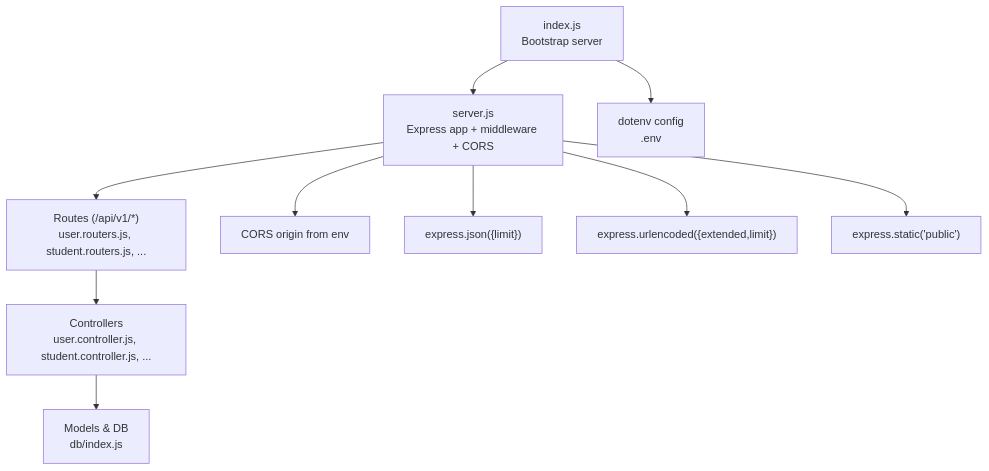
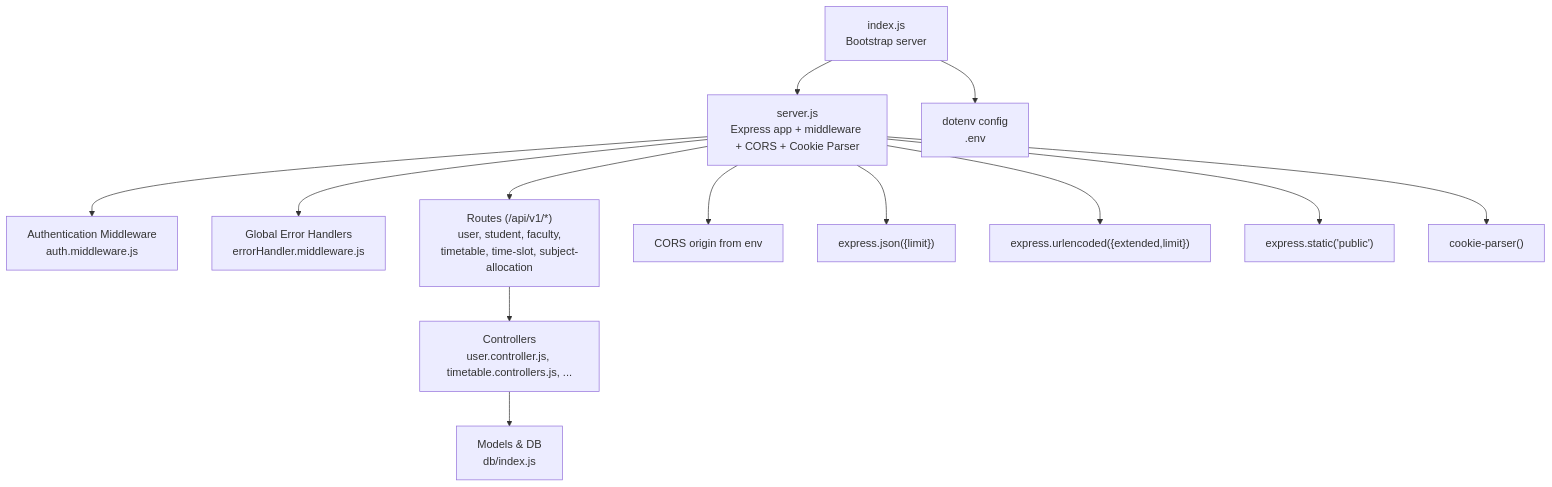
One commit to Aryan9060/Timetable-Project changed the first of 10 diagrams in .qoder/repowiki/en/content/Backend Architecture/Server Setup & Configuration.md. Above: the diagram before and after it, drawn with Mermaid. The commit also changed other lines of this file and 15 other files, not shown here.

````diff
--- a/.qoder/repowiki/en/content/Backend Architecture/Server Setup & Configuration.md
+++ b/.qoder/repowiki/en/content/Backend Architecture/Server Setup & Configuration.md
@@ -42,12 +59,15 @@
 ```mermaid
 graph TB
-A["index.js<br/>Bootstrap server"] --> B["server.js<br/>Express app + middleware + CORS"]
-B --> C["Routes (/api/v1/*)<br/>user.routers.js, student.routers.js, ..."]
-C --> D["Controllers<br/>user.controller.js, student.controller.js, ..."]
-D --> E["Models & DB<br/>db/index.js"]
-A --> F["dotenv config<br/>.env"]
-B --> G["CORS origin from env"]
-B --> H["express.json({limit})"]
-B --> I["express.urlencoded({extended,limit})"]
-B --> J["express.static('public')"]
+A["index.js<br/>Bootstrap server"] --> B["server.js<br/>Express app + middleware + CORS + Cookie Parser"]
+B --> C["Authentication Middleware<br/>auth.middleware.js"]
+B --> D["Global Error Handlers<br/>errorHandler.middleware.js"]
+B --> E["Routes (/api/v1/*)<br/>user, student, faculty,<br/>timetable, time-slot, subject-allocation"]
+E --> F["Controllers<br/>user.controller.js, timetable.controllers.js, ..."]
+F --> G["Models & DB<br/>db/index.js"]
+A --> H["dotenv config<br/>.env"]
+B --> I["CORS origin from env"]
+B --> J["express.json({limit})"]
+B --> K["express.urlencoded({extended,limit})"]
+B --> L["express.static('public')"]
+B --> M["cookie-parser()"]
 ```
````
